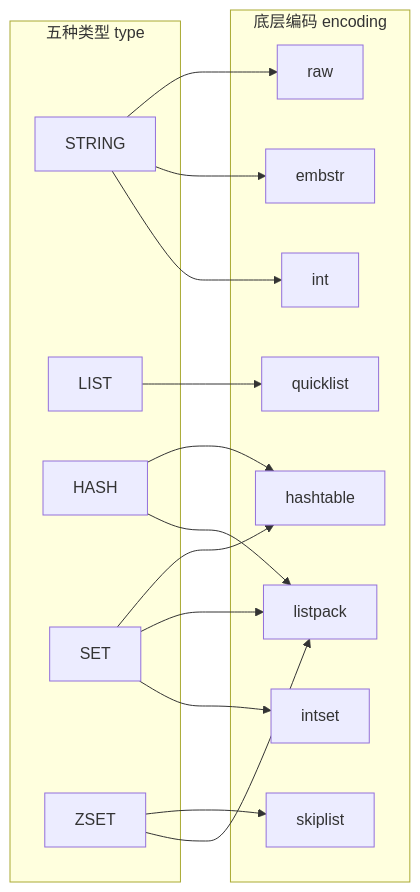
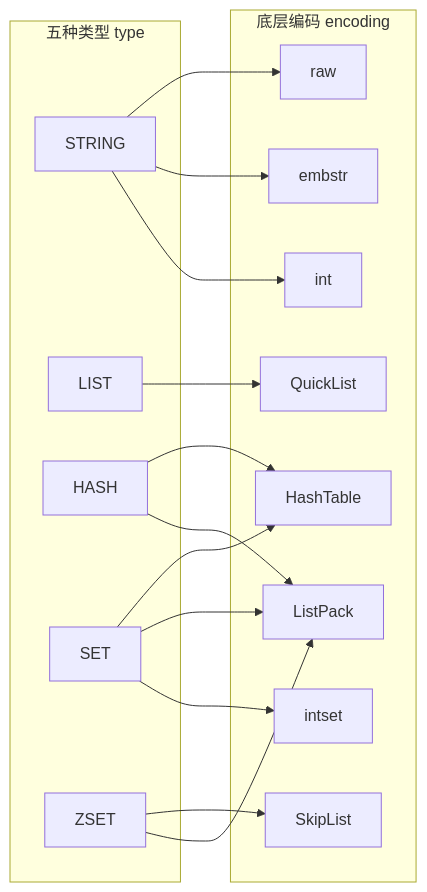
One commit to gelald/javrin changed the first of 4 diagrams in docs/writings/Redis/Redis-data-structure.md. Above: the diagram before and after it, drawn with Mermaid. The commit also changed other lines of this file and 4 other files, not shown here.

````diff
--- a/docs/writings/Redis/Redis-data-structure.md
+++ b/docs/writings/Redis/Redis-data-structure.md
@@ -47,31 +50,31 @@
 ```mermaid
 flowchart LR
     subgraph Types[五种类型 type]
         STRING[STRING]
         LIST[LIST]
         HASH[HASH]
         SET[SET]
         ZSET[ZSET]
     end
     subgraph Encodings[底层编码 encoding]
         INT[int]
         EMBSTR[embstr]
         RAW[raw]
-        QUICKLIST[quicklist]
-        LISTPACK[listpack]
-        HT[hashtable]
+        QuickList[QuickList]
+        ListPack[ListPack]
+        HT[HashTable]
         INTSET[intset]
-        SKIPLIST[skiplist]
+        SkipList[SkipList]
     end
     STRING --> INT
     STRING --> EMBSTR
     STRING --> RAW
-    LIST --> QUICKLIST
-    HASH --> LISTPACK
+    LIST --> QuickList
+    HASH --> ListPack
     HASH --> HT
     SET --> INTSET
-    SET --> LISTPACK
+    SET --> ListPack
     SET --> HT
-    ZSET --> LISTPACK
-    ZSET --> SKIPLIST
+    ZSET --> ListPack
+    ZSET --> SkipList
 ```
````
